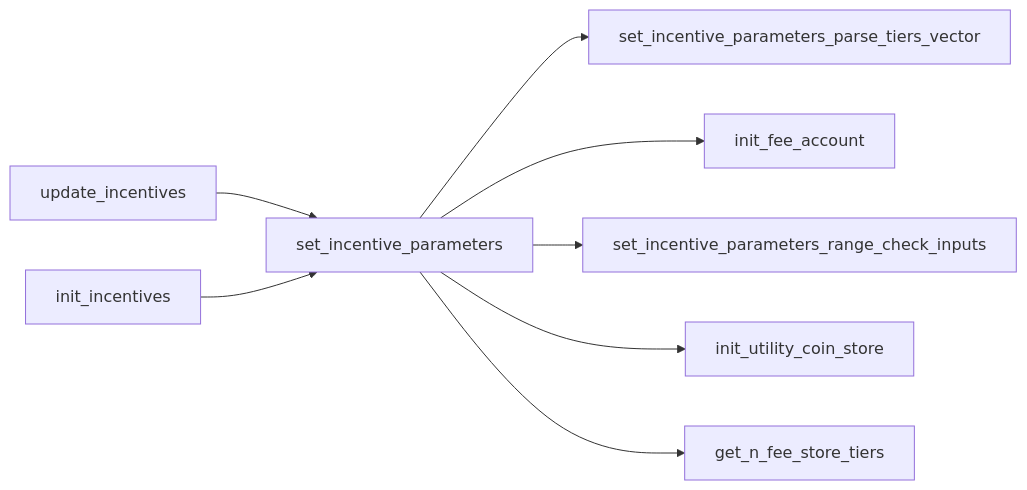
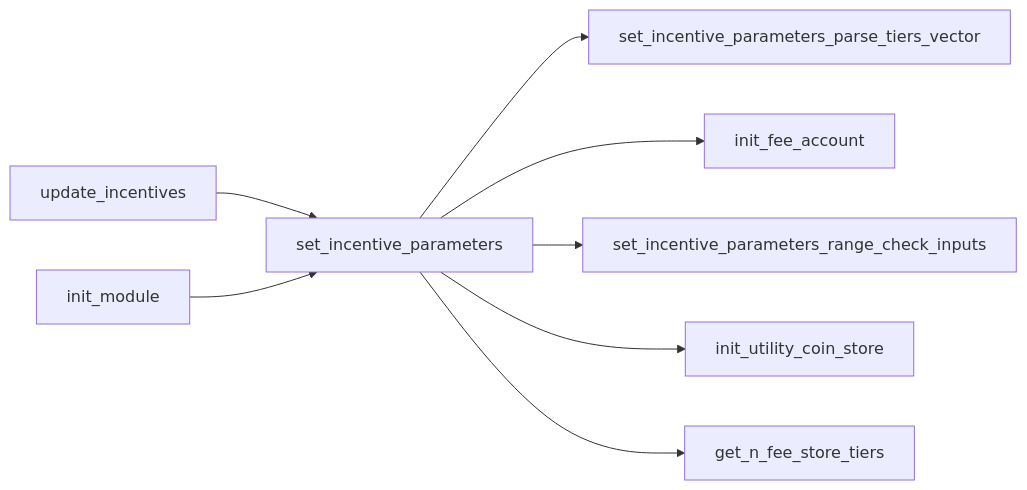
The third of 7 diagrams in doc/diagrams/src/modules/incentives.md (econia-labs/econia), drawn with Mermaid before and after one commit. The commit also changed 3 other files, not shown here.

Commit message:
Add init_module paradigm for incentives

````diff
--- a/doc/diagrams/src/modules/incentives.md
+++ b/doc/diagrams/src/modules/incentives.md
@@ -49,13 +49,13 @@
 ```mermaid
 
 flowchart LR
 
 update_incentives --> set_incentive_parameters
-init_incentives --> set_incentive_parameters
+init_module --> set_incentive_parameters
 set_incentive_parameters --> set_incentive_parameters_parse_tiers_vector
 set_incentive_parameters --> init_fee_account
 set_incentive_parameters --> set_incentive_parameters_range_check_inputs
 set_incentive_parameters --> init_utility_coin_store
 set_incentive_parameters --> get_n_fee_store_tiers
 
 ```
````
